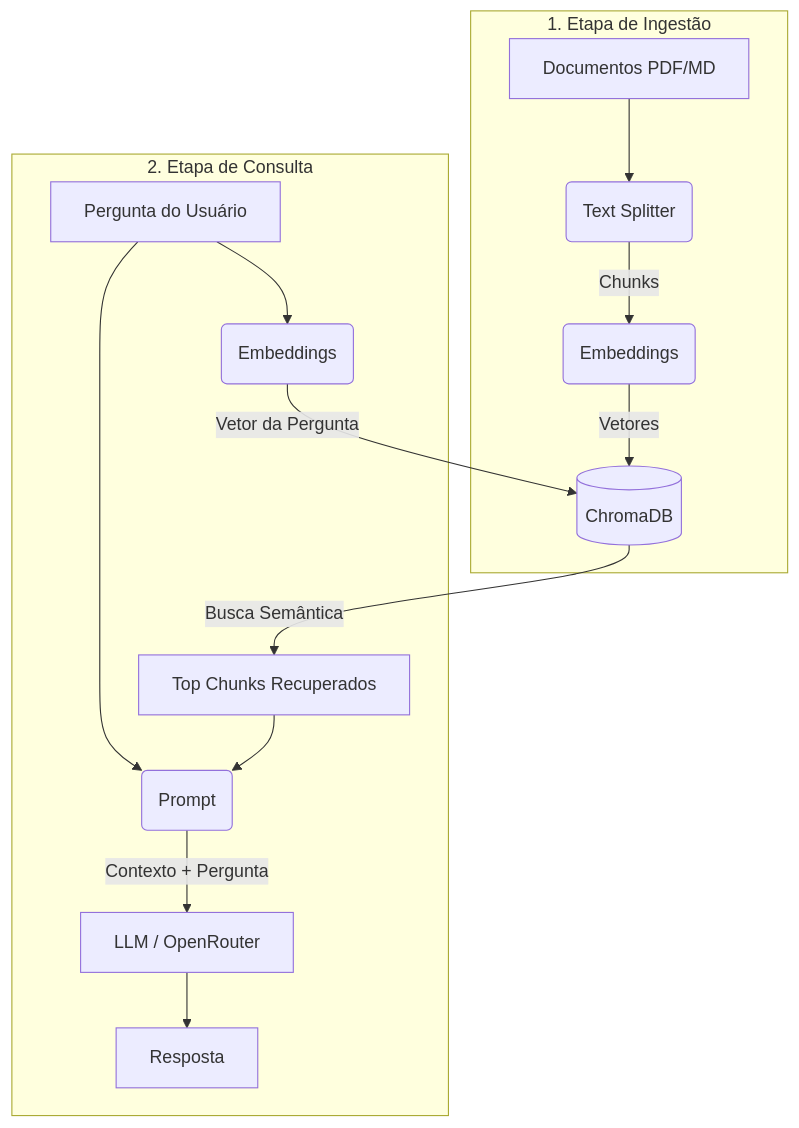
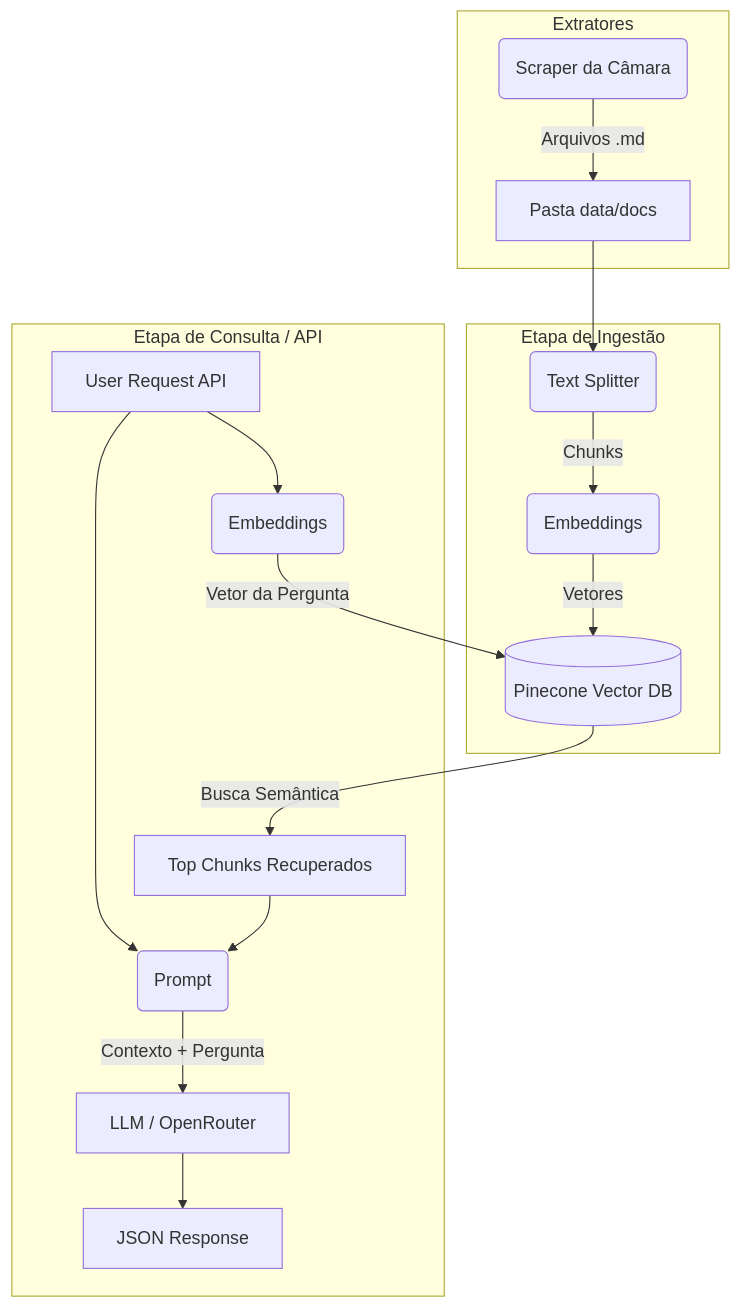
Before and after one commit to steingui/chatbot-rag-fundamentos: the diagram in docs_projeto/how-this-works.md, drawn with Mermaid. The commit also changed other lines of this file and 1 other file, not shown here.

Commit message:
docs: adiciona regra de auto-atualizacao e atualiza diagrama para pinecone e fastapi

````diff
--- a/docs_projeto/how-this-works.md
+++ b/docs_projeto/how-this-works.md
@@ -26,18 +30,22 @@
 ```mermaid
 flowchart TD
-    subgraph Ingestão [1. Etapa de Ingestão]
-        A[Documentos PDF/MD] --> B(Text Splitter)
-        B -->|Chunks| C(Embeddings)
-        C -->|Vetores| D[(ChromaDB)]
+    subgraph Dados [Extratores]
+        S(Scraper da Câmara) -->|Arquivos .md| A
     end
 
-    subgraph Consulta [2. Etapa de Consulta]
-        E[Pergunta do Usuário] --> F(Embeddings)
+    subgraph Ingestão [Etapa de Ingestão]
+        A[Pasta data/docs] --> B(Text Splitter)
+        B -->|Chunks| C(Embeddings)
+        C -->|Vetores| D[(Pinecone Vector DB)]
+    end
+
+    subgraph Consulta [Etapa de Consulta / API]
+        E[User Request API] --> F(Embeddings)
         F -->|Vetor da Pergunta| D
         D -->|Busca Semântica| G[Top Chunks Recuperados]
         E --> H(Prompt)
         G --> H
         H -->|Contexto + Pergunta| I[LLM / OpenRouter]
-        I --> J[Resposta]
+        I --> J[JSON Response]
     end
 ```
````
